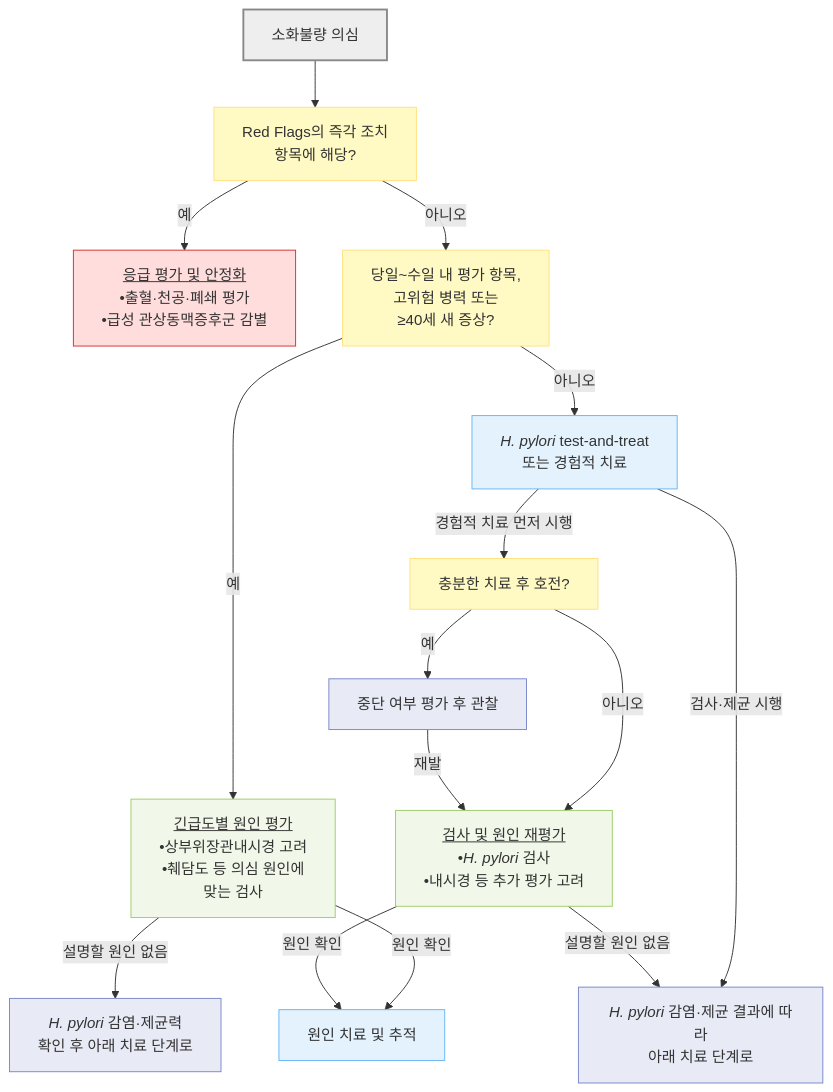
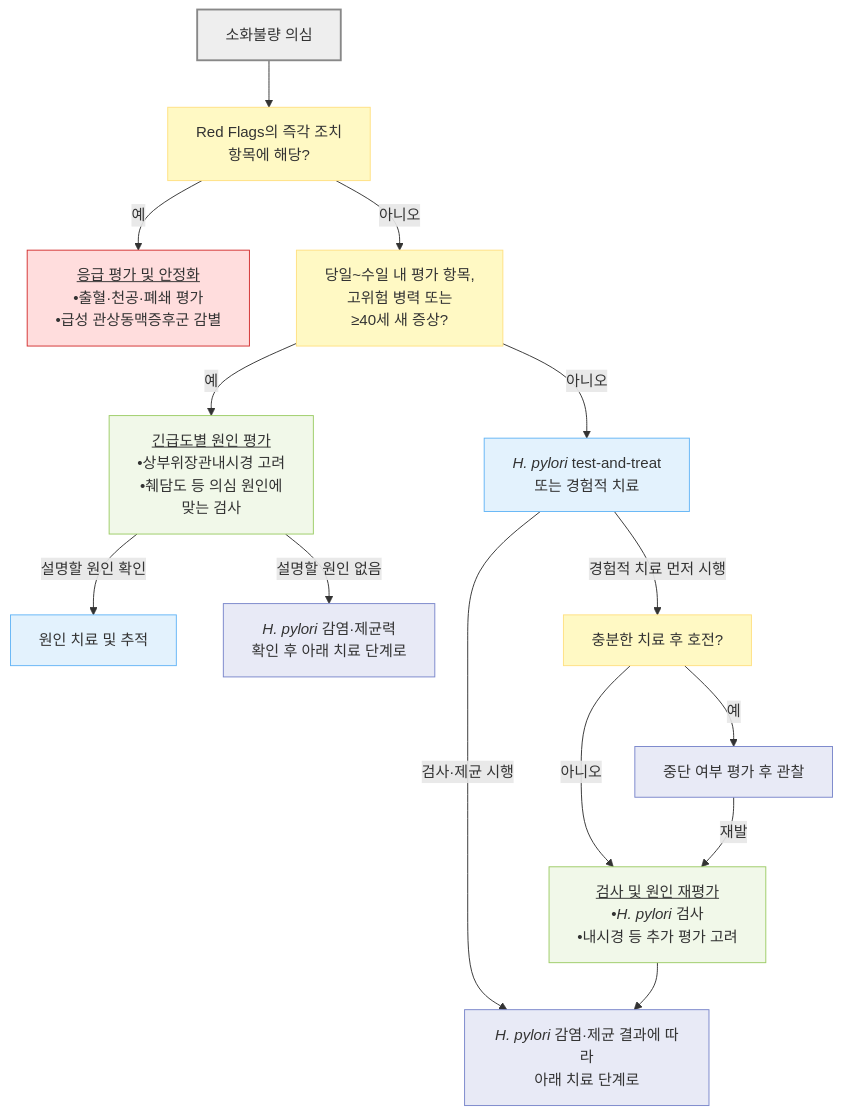
The first of 2 diagrams in 224_/075_-indigestion-dyspepsia.md (familyoh77/familyoh77), drawn with Mermaid before and after one commit. The commit also changed other lines of this file and 1 other file, not shown here.

````diff
--- a/224_/075_-indigestion-dyspepsia.md
+++ b/224_/075_-indigestion-dyspepsia.md
@@ -293,28 +293,27 @@
 ```mermaid
 flowchart TD
     A["소화불량 의심"] --> B["Red Flags의 즉각 조치<br/>항목에 해당?"]
     B -- "예" --> C["<u>응급 평가 및 안정화</u><br/>•출혈·천공·폐쇄 평가<br/>•급성 관상동맥증후군 감별"]
     B -- "아니오" --> D["당일~수일 내 평가 항목,<br/>고위험 병력 또는<br/>≥40세 새 증상?"]
     D -- "예" --> E["<u>긴급도별 원인 평가</u><br/>•상부위장관내시경 고려<br/>•췌담도 등 의심 원인에<br/>맞는 검사"]
-    E -- "원인 확인" --> G["원인 치료 및 추적"]
+    D -- "아니오" --> F["<i>H. pylori</i> test-and-treat<br/>또는 경험적 치료"]
+    E -- "설명할 원인 확인" --> G["원인 치료 및 추적"]
     E -- "설명할 원인 없음" --> H["<i>H. pylori</i> 감염·제균력<br/>확인 후 아래 치료 단계로"]
-    D -- "아니오" --> F["<i>H. pylori</i> test-and-treat<br/>또는 경험적 치료"]
     F -- "검사·제균 시행" --> I["<i>H. pylori</i> 감염·제균 결과에 따라<br/>아래 치료 단계로"]
     F -- "경험적 치료 먼저 시행" --> J["충분한 치료 후 호전?"]
     J -- "예" --> K["중단 여부 평가 후 관찰"]
     J -- "아니오" --> L["<u>검사 및 원인 재평가</u><br/>•<i>H. pylori</i> 검사<br/>•내시경 등 추가 평가 고려"]
     K -- "재발" --> L
-    L -- "설명할 원인 없음" --> I
-    L -- "원인 확인" --> G
+    L --> I
     classDef question fill:#fff9c4,stroke:#ffe082
     classDef treatment fill:#e3f2fd,stroke:#64b5f6
     classDef examination fill:#f1f8e9,stroke:#9ccc65
     classDef danger fill:#ffdddd,stroke:#d32f2f
     classDef transition fill:#e8eaf6,stroke:#7986cb
     class B,D,J question
     class F,G treatment
     class E,L examination
     class C danger
     class H,I,K transition
     style A fill:#eeeeee,stroke:#888888,stroke-width:2px
 ```
````
